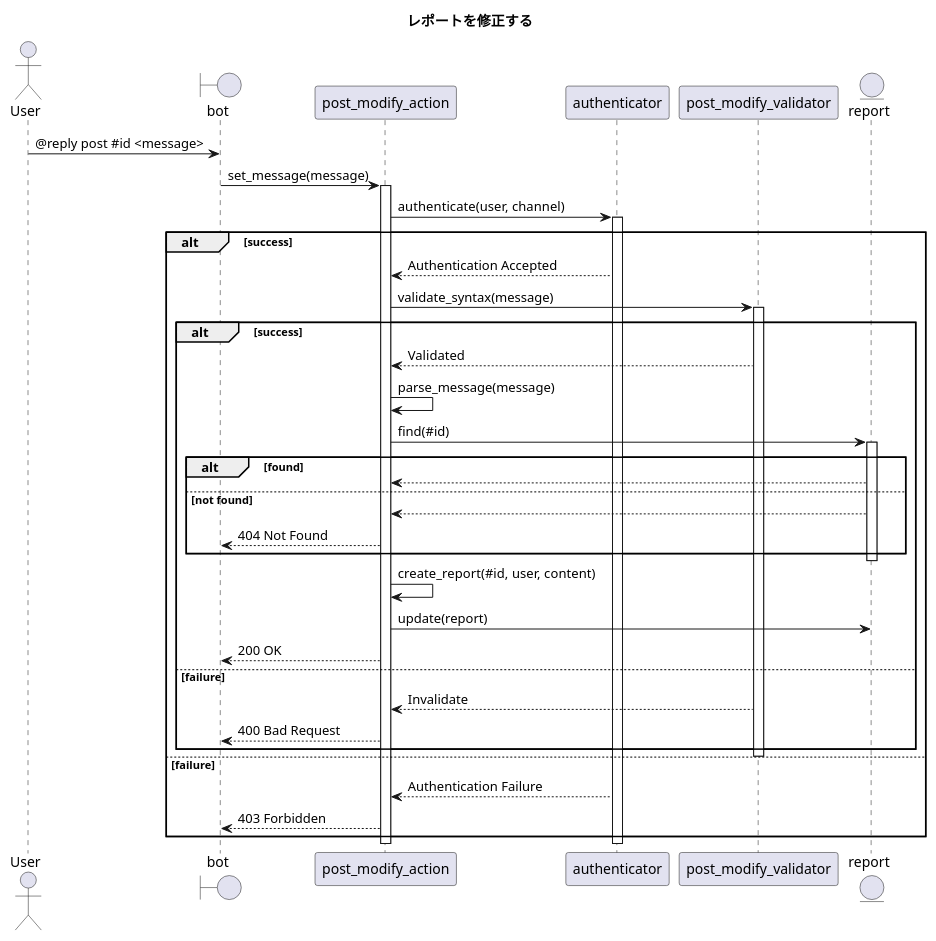
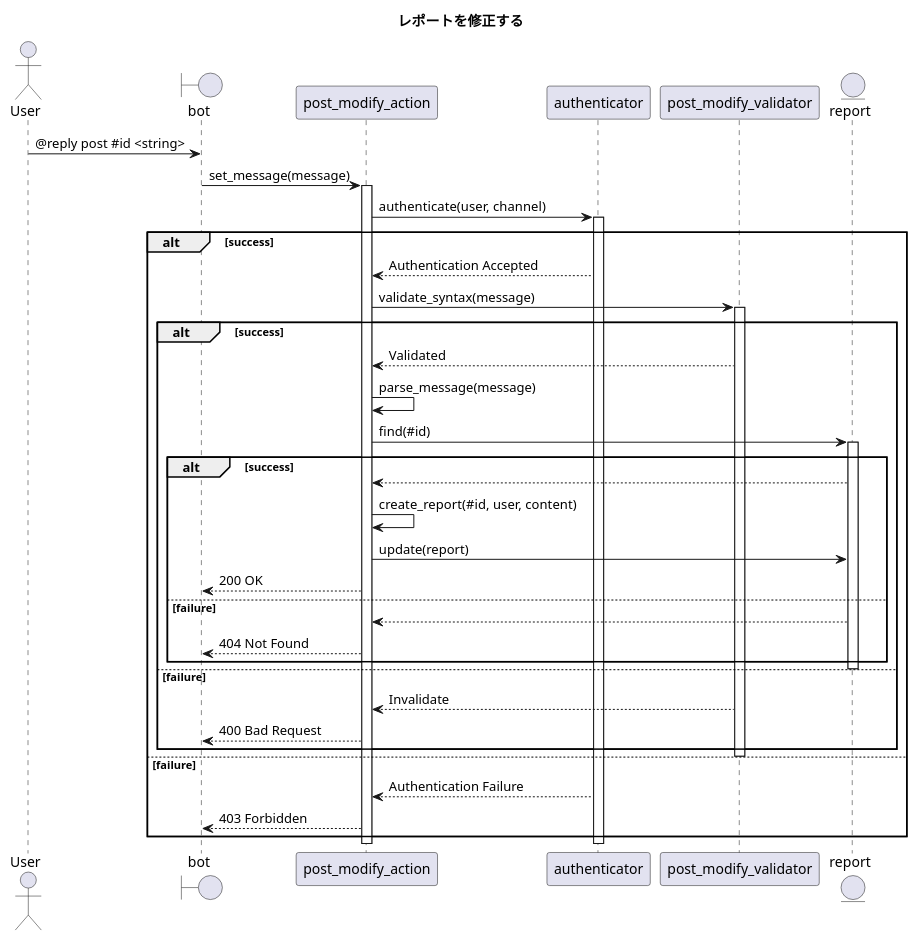
Before and after one commit to ito-masam/kpt-guard.doc: the diagram in 1.design/5.sequences/post-report-modify.md, drawn with PlantUML. The commit also changed 2 other files, not shown here.

Commit message:
シーケンスの削除を追加

```diff
--- a/1.design/5.sequences/post-report-modify.md
+++ b/1.design/5.sequences/post-report-modify.md
@@ -1,52 +1,52 @@
 @startuml
 
     ' ----------- meta
     title レポートを修正する
 
     actor User
     boundary bot
     participant post_modify_action
     participant authenticator
     participant post_modify_validator
     entity report
 
     ' ----------- main
-    User -> bot : @reply post #id <message>
+    User -> bot : @reply post #id <string>
     bot -> post_modify_action : set_message(message)
     activate post_modify_action
       post_modify_action -> authenticator : authenticate(user, channel)
       activate authenticator
         alt success
           authenticator --> post_modify_action : Authentication Accepted
           post_modify_action -> post_modify_validator : validate_syntax(message)
           activate post_modify_validator
             alt success
               post_modify_validator --> post_modify_action : Validated
               post_modify_action -> post_modify_action : parse_message(message)
               post_modify_action -> report : find(#id)
               activate report
-                alt found
+                alt success
                   report --> post_modify_action
-                else not found
+                  post_modify_action -> post_modify_action : create_report(#id, user, content)
+                  post_modify_action -> report : update(report)
+                  post_modify_action --> bot : 200 OK
+                else failure
                   report --> post_modify_action
                   post_modify_action --> bot : 404 Not Found
                 end
               deactivate report
-              post_modify_action -> post_modify_action : create_report(#id, user, content)
-              post_modify_action -> report : update(report)
-              post_modify_action --> bot : 200 OK
             else failure
               ' ----------- alternative
               post_modify_validator --> post_modify_action : Invalidate
               post_modify_action --> bot : 400 Bad Request
             end
           deactivate post_modify_validator
         else failure
           ' ----------- alternative
           authenticator --> post_modify_action : Authentication Failure
           post_modify_action --> bot : 403 Forbidden
         end
       deactivate authenticator
     deactivate post_modify_action
 
 @enduml
```
